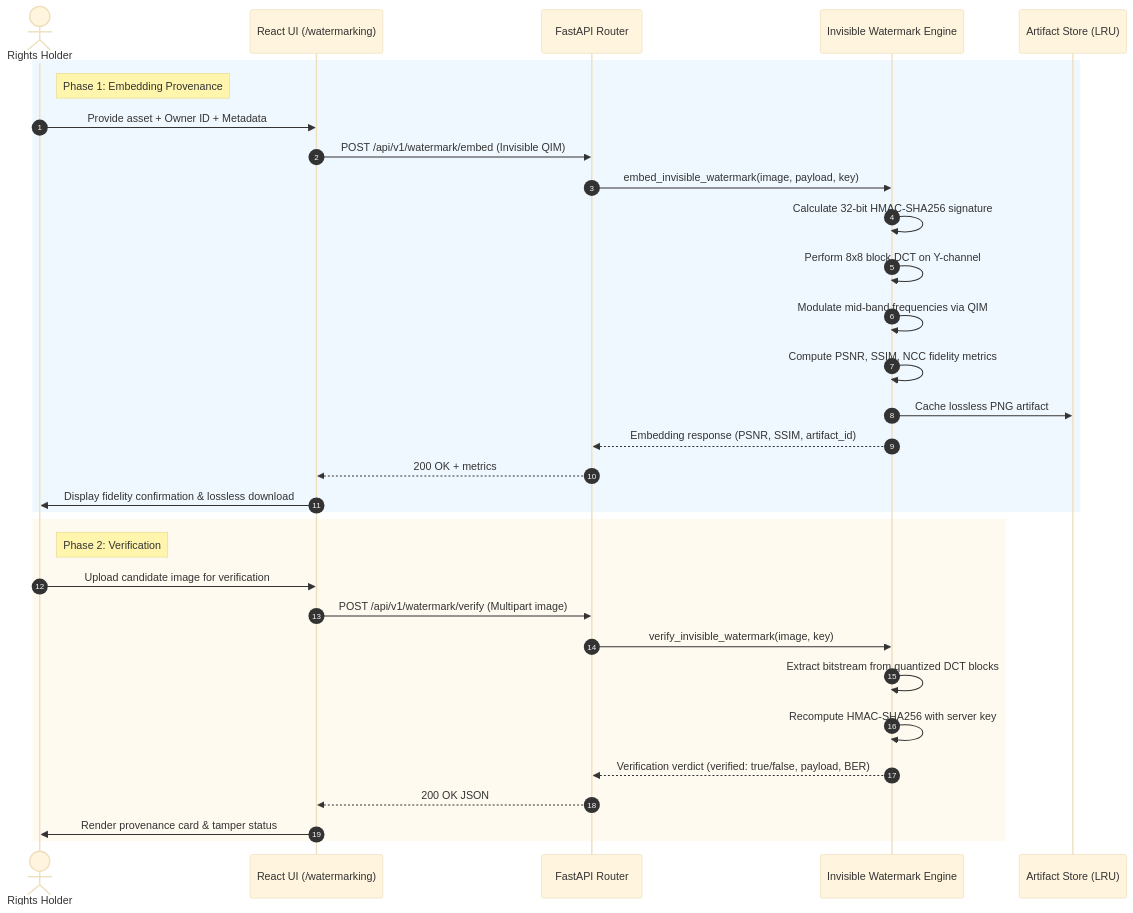
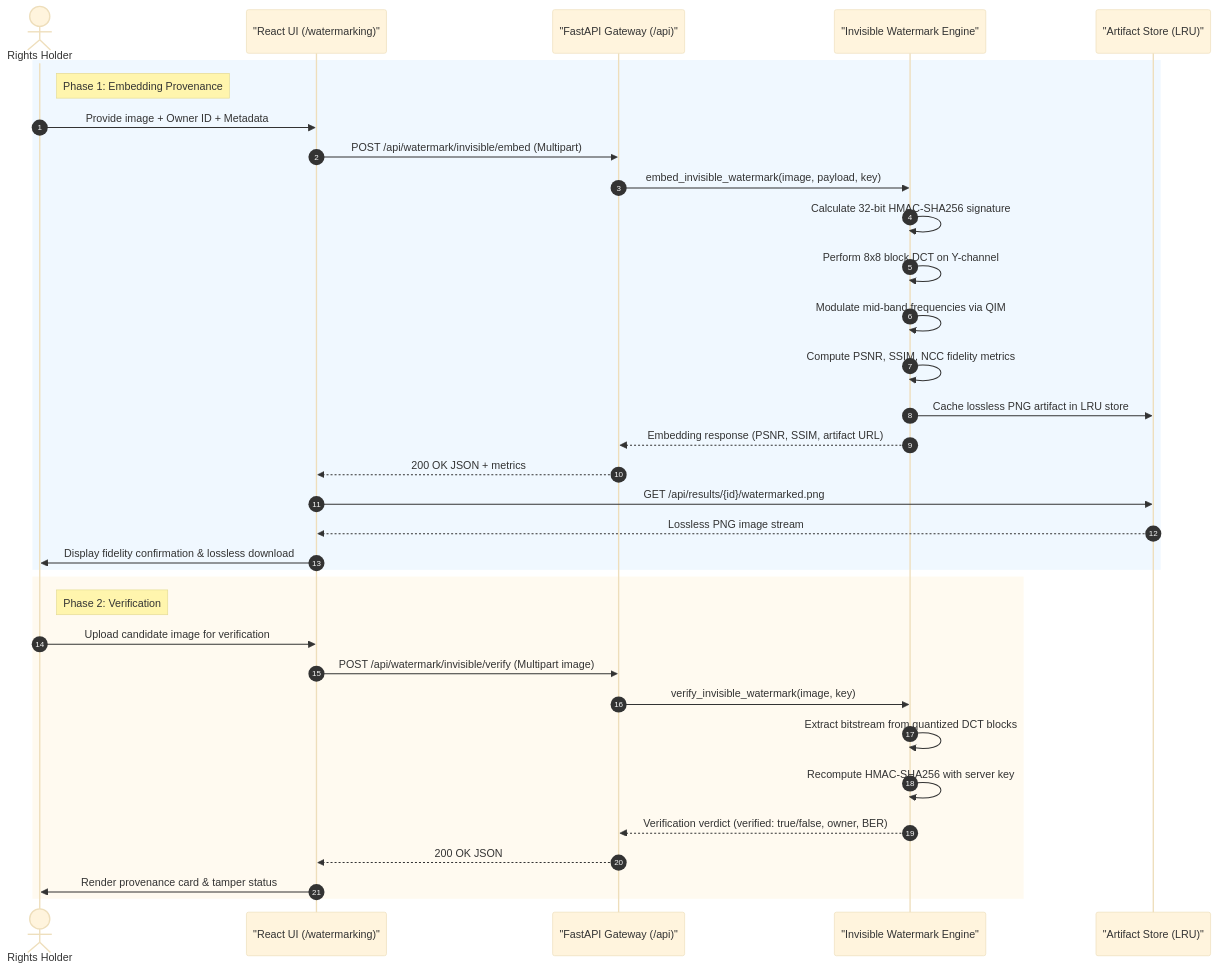
Before and after one commit to abhiveeramallu/Image_Guard: the fourth of 4 diagrams in README.md, drawn with Mermaid (base theme). The commit also changed other lines of this file, not shown here.

````diff
--- a/README.md
+++ b/README.md
@@ -313,36 +314,38 @@
 ```mermaid
 sequenceDiagram
     autonumber
     actor User as Rights Holder
-    participant Frontend as React UI (/watermarking)
-    participant API as FastAPI Router
-    participant Invis as Invisible Watermark Engine
-    participant Store as Artifact Store (LRU)
+    participant Frontend as "React UI (/watermarking)"
+    participant API as "FastAPI Gateway (/api)"
+    participant Invis as "Invisible Watermark Engine"
+    participant Store as "Artifact Store (LRU)"
 
     rect rgb(240, 248, 255)
         note right of User: Phase 1: Embedding Provenance
-        User->>Frontend: Provide asset + Owner ID + Metadata
-        Frontend->>API: POST /api/v1/watermark/embed (Invisible QIM)
+        User->>Frontend: Provide image + Owner ID + Metadata
+        Frontend->>API: POST /api/watermark/invisible/embed (Multipart)
         API->>Invis: embed_invisible_watermark(image, payload, key)
         Invis->>Invis: Calculate 32-bit HMAC-SHA256 signature
         Invis->>Invis: Perform 8x8 block DCT on Y-channel
         Invis->>Invis: Modulate mid-band frequencies via QIM
         Invis->>Invis: Compute PSNR, SSIM, NCC fidelity metrics
-        Invis->>Store: Cache lossless PNG artifact
-        Invis-->>API: Embedding response (PSNR, SSIM, artifact_id)
-        API-->>Frontend: 200 OK + metrics
+        Invis->>Store: Cache lossless PNG artifact in LRU store
+        Invis-->>API: Embedding response (PSNR, SSIM, artifact URL)
+        API-->>Frontend: 200 OK JSON + metrics
+        Frontend->>Store: GET /api/results/{id}/watermarked.png
+        Store-->>Frontend: Lossless PNG image stream
         Frontend->>User: Display fidelity confirmation & lossless download
     end
 
     rect rgb(255, 250, 240)
         note right of User: Phase 2: Verification
         User->>Frontend: Upload candidate image for verification
-        Frontend->>API: POST /api/v1/watermark/verify (Multipart image)
+        Frontend->>API: POST /api/watermark/invisible/verify (Multipart image)
         API->>Invis: verify_invisible_watermark(image, key)
         Invis->>Invis: Extract bitstream from quantized DCT blocks
         Invis->>Invis: Recompute HMAC-SHA256 with server key
-        Invis-->>API: Verification verdict (verified: true/false, payload, BER)
+        Invis-->>API: Verification verdict (verified: true/false, owner, BER)
         API-->>Frontend: 200 OK JSON
         Frontend->>User: Render provenance card & tamper status
     end
 ```
````
